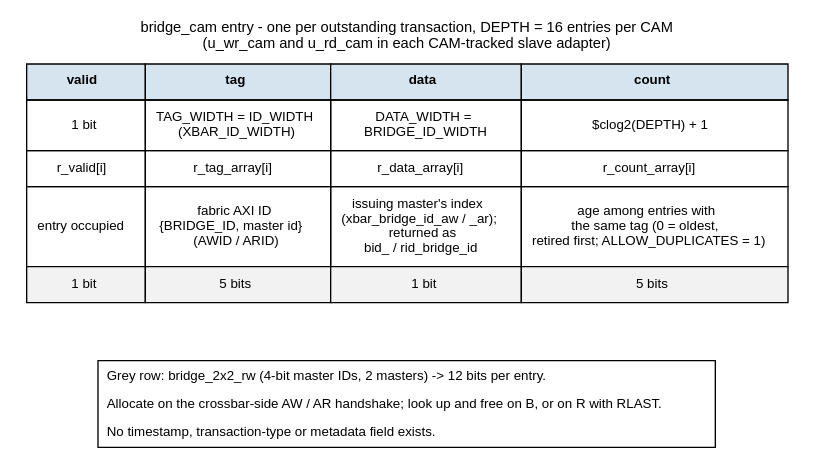
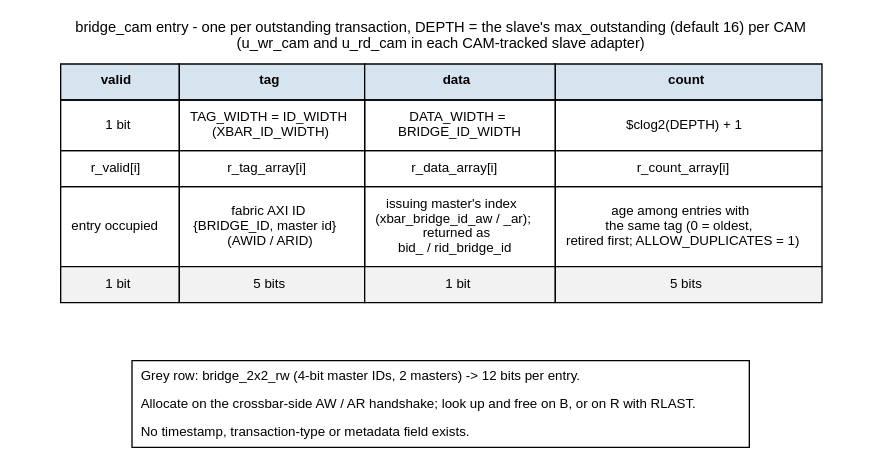
One commit to sean-galloway/RTLDesignSherpa changed the diagram in projects/components/fabric-gen-ip/bridge/docs/bridge_mas/assets/graphviz/cam_entry_format.dot. Above: the diagram before and after it, drawn with Graphviz. The commit also changed 406 other files, not shown here.

```diff
--- a/projects/components/fabric-gen-ip/bridge/docs/bridge_mas/assets/graphviz/cam_entry_format.dot
+++ b/projects/components/fabric-gen-ip/bridge/docs/bridge_mas/assets/graphviz/cam_entry_format.dot
@@ -1,53 +1,53 @@
 // One bridge_cam entry, as instantiated by a CAM-tracked slave adapter.
 // Fields from rtl/bridge_cam.sv (r_valid, r_tag_array, r_data_array,
 // r_count_array); widths from rtl/generated/bridge_2x2_rw/ddr_adapter.sv
 // (TAG_WIDTH = ID_WIDTH = 5, DATA_WIDTH = BRIDGE_ID_WIDTH = 1, DEPTH = 16,
 // ALLOW_DUPLICATES = 1). Packed field layout (not a block diagram).
 digraph cam_entry_format {
     graph [rankdir=TB, bgcolor="white", fontname="Helvetica", fontsize=11, labelloc=t,
-           label="bridge_cam entry - one per outstanding transaction, DEPTH = 16 entries per CAM\n(u_wr_cam and u_rd_cam in each CAM-tracked slave adapter)"];
+           label="bridge_cam entry - one per outstanding transaction, DEPTH = the slave's max_outstanding (default 16) per CAM\n(u_wr_cam and u_rd_cam in each CAM-tracked slave adapter)"];
     node  [fontname="Helvetica", fontsize=10, shape=plaintext];
 
     entry [label=<
 <TABLE BORDER="0" CELLBORDER="1" CELLSPACING="0" CELLPADDING="7">
   <TR>
     <TD BGCOLOR="#D6E4F0"><B>valid</B></TD>
     <TD BGCOLOR="#D6E4F0"><B>tag</B></TD>
     <TD BGCOLOR="#D6E4F0"><B>data</B></TD>
     <TD BGCOLOR="#D6E4F0"><B>count</B></TD>
   </TR>
   <TR>
     <TD>1 bit</TD>
     <TD>TAG_WIDTH = ID_WIDTH<BR/>(XBAR_ID_WIDTH)</TD>
     <TD>DATA_WIDTH =<BR/>BRIDGE_ID_WIDTH</TD>
     <TD>$clog2(DEPTH) + 1</TD>
   </TR>
   <TR>
     <TD>r_valid[i]</TD>
     <TD>r_tag_array[i]</TD>
     <TD>r_data_array[i]</TD>
     <TD>r_count_array[i]</TD>
   </TR>
   <TR>
     <TD>entry occupied</TD>
     <TD>fabric AXI ID<BR/>{BRIDGE_ID, master id}<BR/>(AWID / ARID)</TD>
     <TD>issuing master's index<BR/>(xbar_bridge_id_aw / _ar);<BR/>returned as<BR/>bid_ / rid_bridge_id</TD>
     <TD>age among entries with<BR/>the same tag (0 = oldest,<BR/>retired first; ALLOW_DUPLICATES = 1)</TD>
   </TR>
   <TR>
     <TD BGCOLOR="#F2F2F2">1 bit</TD>
     <TD BGCOLOR="#F2F2F2">5 bits</TD>
     <TD BGCOLOR="#F2F2F2">1 bit</TD>
     <TD BGCOLOR="#F2F2F2">5 bits</TD>
   </TR>
 </TABLE>>];
 
     note [label=<
 <TABLE BORDER="1" CELLBORDER="0" CELLSPACING="0" CELLPADDING="5">
   <TR><TD ALIGN="LEFT">Grey row: bridge_2x2_rw (4-bit master IDs, 2 masters) -&gt; 12 bits per entry.</TD></TR>
   <TR><TD ALIGN="LEFT">Allocate on the crossbar-side AW / AR handshake; look up and free on B, or on R with RLAST.</TD></TR>
   <TR><TD ALIGN="LEFT">No timestamp, transaction-type or metadata field exists.</TD></TR>
 </TABLE>>];
 
     entry -> note [style=invis];
 }
```
